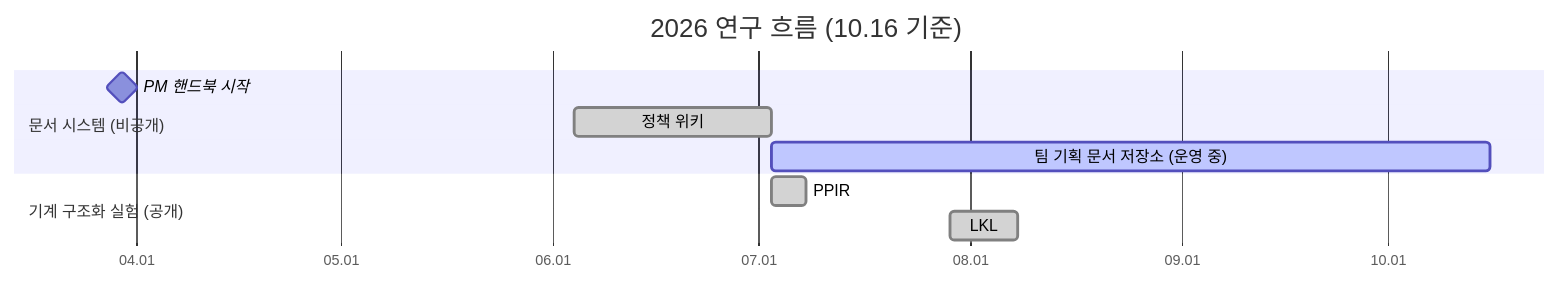
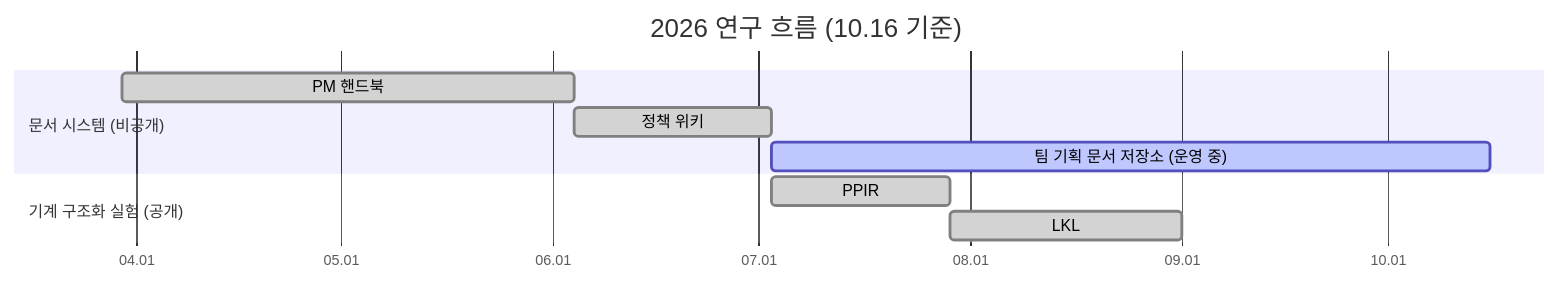
The first of 2 diagrams in README.md (hadan-HwH/living-knowledge-lab-engine), drawn with Mermaid before and after one commit. The commit also changed other lines of this file, not shown here.

Commit message:
docs: contiguous research timeline

````diff
--- a/README.md
+++ b/README.md
@@ -65,13 +65,13 @@
 ```mermaid
 gantt
     title 2026 연구 흐름 (10.16 기준)
     dateFormat YYYY-MM-DD
     axisFormat %m.%d
     section 문서 시스템 (비공개)
-    PM 핸드북 시작              :milestone, 2026-03-30, 0d
+    PM 핸드북                   :done, 2026-03-30, 2026-06-04
     정책 위키                   :done, 2026-06-04, 2026-07-03
     팀 기획 문서 저장소 (운영 중) :active, 2026-07-03, 2026-10-16
     section 기계 구조화 실험 (공개)
-    PPIR                        :done, 2026-07-03, 2026-07-08
-    LKL                         :done, 2026-07-29, 2026-08-08
+    PPIR                        :done, 2026-07-03, 2026-07-29
+    LKL                         :done, 2026-07-29, 2026-09-01
 ```
````
